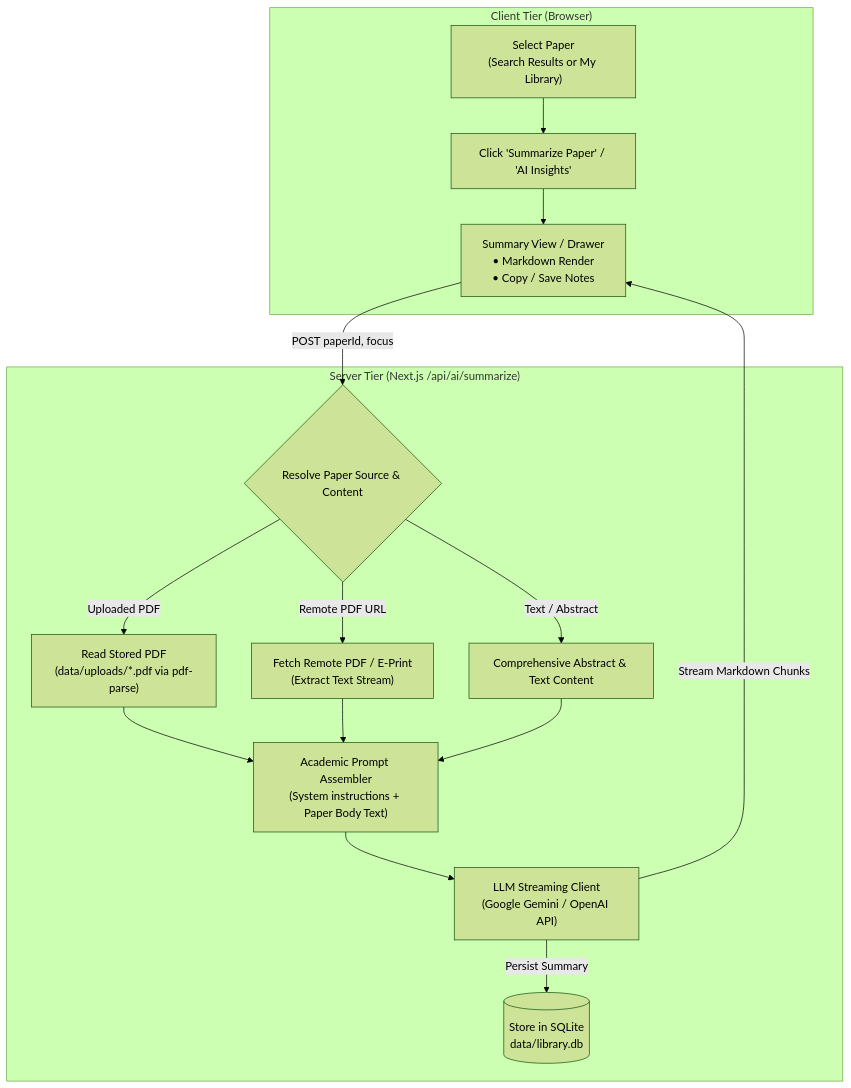
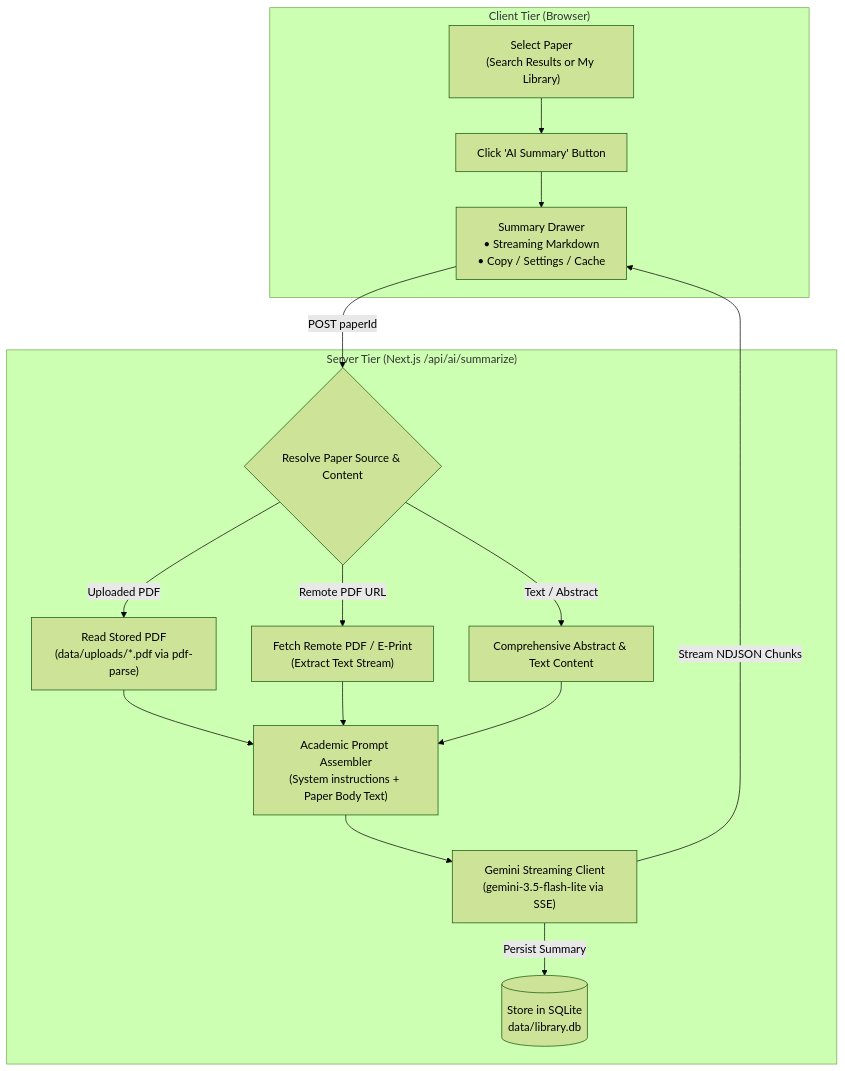
Before and after one commit to rajeev-goyal/research_assistant: the third of 3 diagrams in PLAN_SUMMARY.md, drawn with Mermaid (forest theme). The commit also changed other lines of this file and 1 other file, not shown here.

Commit message:
docs: update documentation and architecture for Task 4 LLM summarization

````diff
--- a/PLAN_SUMMARY.md
+++ b/PLAN_SUMMARY.md
@@ -107,30 +111,30 @@
 ```mermaid
 flowchart TD
     subgraph Client ["Client Tier (Browser)"]
         SelectPaper["Select Paper<br/>(Search Results or My Library)"]
-        TriggerSummary["Click 'Summarize Paper' / 'AI Insights'"]
-        SummaryModal["Summary View / Drawer<br/>• Markdown Render<br/>• Copy / Save Notes"]
+        TriggerSummary["Click 'AI Summary' Button"]
+        SummaryModal["Summary Drawer<br/>• Streaming Markdown<br/>• Copy / Settings / Cache"]
         SelectPaper --> TriggerSummary --> SummaryModal
     end
 
     subgraph ServerTier ["Server Tier (Next.js /api/ai/summarize)"]
         PaperResolver{"Resolve Paper Source & Content"}
         LocalPDFParser["Read Stored PDF<br/>(data/uploads/*.pdf via pdf-parse)"]
         RemotePDFParser["Fetch Remote PDF / E-Print<br/>(Extract Text Stream)"]
         AbstractFallback["Comprehensive Abstract & Text Content"]
         PromptAssembler["Academic Prompt Assembler<br/>(System instructions + Paper Body Text)"]
-        LLMClient["LLM Streaming Client<br/>(Google Gemini / OpenAI API)"]
+        LLMClient["Gemini Streaming Client<br/>(gemini-3.5-flash-lite via SSE)"]
         CacheDB[("Store in SQLite<br/>data/library.db")]
 
-        SummaryModal -->|POST paperId, focus| PaperResolver
+        SummaryModal -->|POST paperId| PaperResolver
         PaperResolver -->|Uploaded PDF| LocalPDFParser
         PaperResolver -->|Remote PDF URL| RemotePDFParser
         PaperResolver -->|Text / Abstract| AbstractFallback
         LocalPDFParser --> PromptAssembler
         RemotePDFParser --> PromptAssembler
         AbstractFallback --> PromptAssembler
         PromptAssembler --> LLMClient
-        LLMClient -->|Stream Markdown Chunks| SummaryModal
+        LLMClient -->|Stream NDJSON Chunks| SummaryModal
         LLMClient -->|Persist Summary| CacheDB
     end
 ```
````
